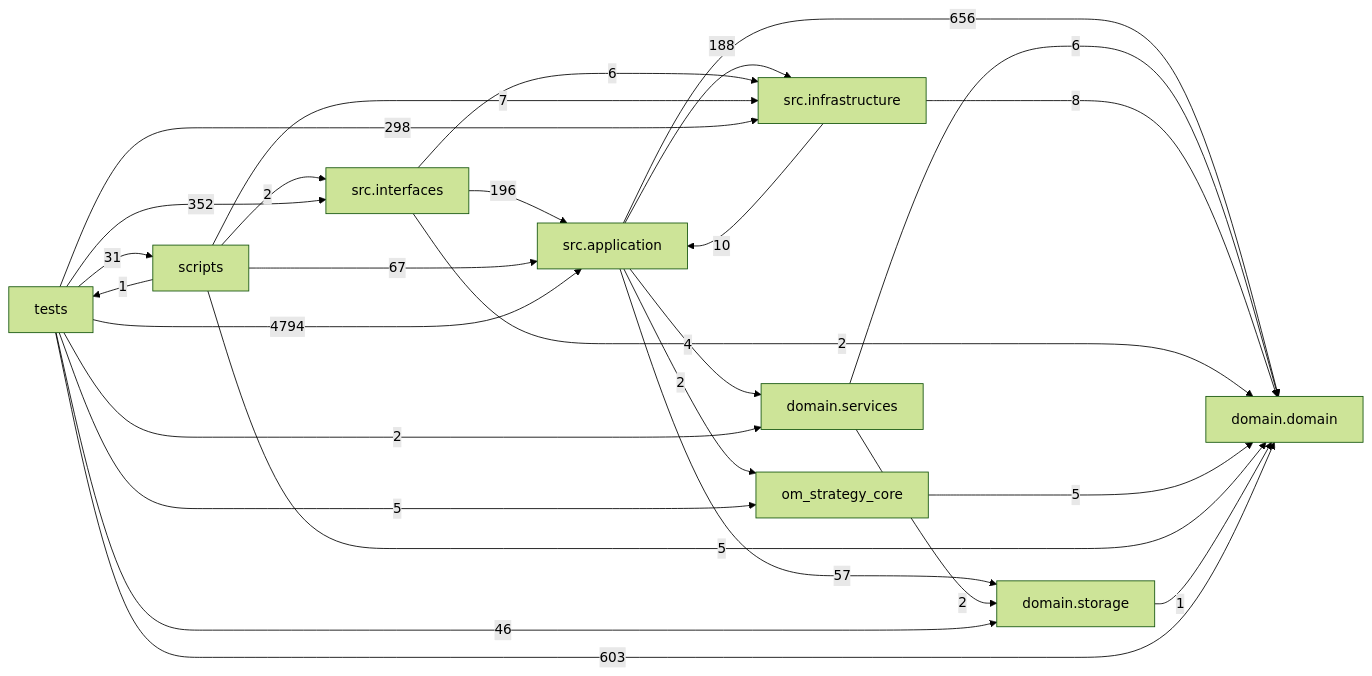
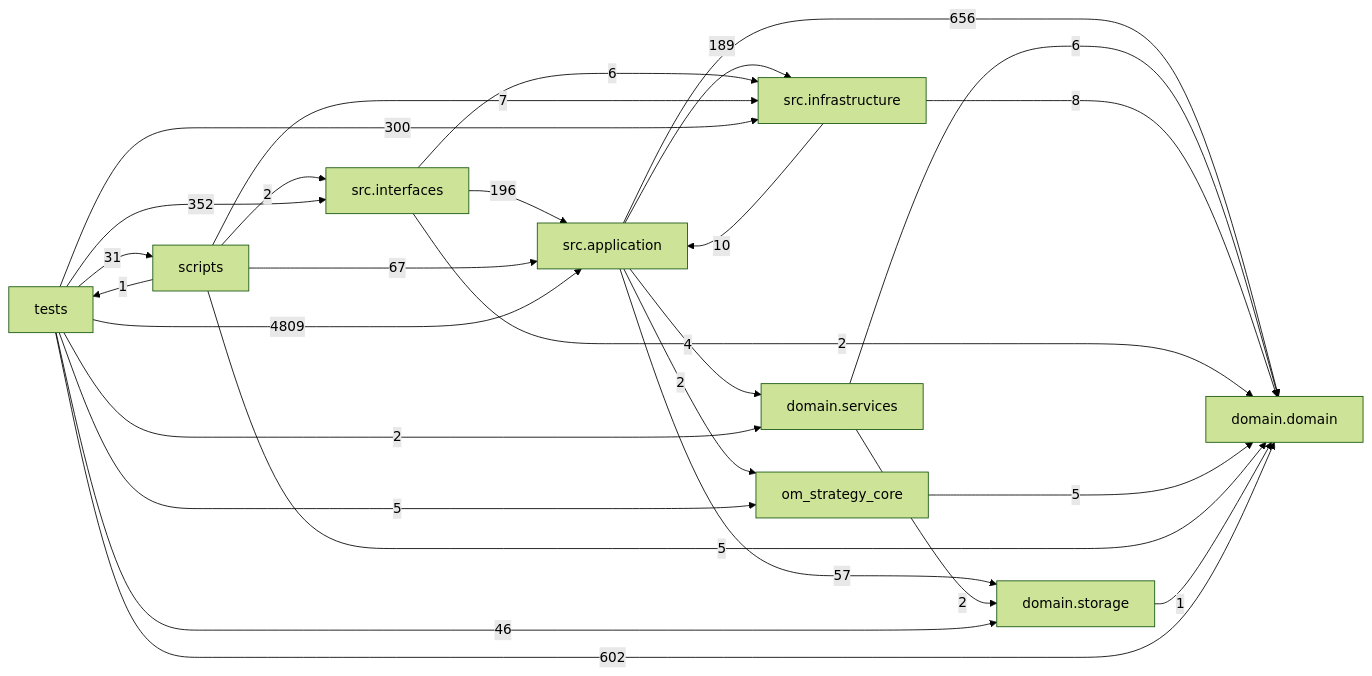
Before and after one commit to liuxie066/options-monitor: the diagram in docs/DEPENDENCY_GRAPH.md, drawn with Mermaid (forest theme). The commit also changed other lines of this file and 12 other files, not shown here.

````diff
--- a/docs/DEPENDENCY_GRAPH.md
+++ b/docs/DEPENDENCY_GRAPH.md
@@ -24,38 +24,38 @@
 ```mermaid
 flowchart LR
   tests["tests"]
   scripts["scripts"]
   interfaces["src.interfaces"]
   application["src.application"]
   infrastructure["src.infrastructure"]
   domain_services["domain.services"]
   domain["domain.domain"]
   storage["domain.storage"]
   application -->|656| domain
   application -->|4| domain_services
-  application -->|188| infrastructure
+  application -->|189| infrastructure
   application -->|2| om_strategy_core
   application -->|57| storage
   domain_services -->|6| domain
   domain_services -->|2| storage
   infrastructure -->|10| application
   infrastructure -->|8| domain
   interfaces -->|196| application
   interfaces -->|2| domain
   interfaces -->|6| infrastructure
   om_strategy_core -->|5| domain
   scripts -->|67| application
   scripts -->|5| domain
   scripts -->|7| infrastructure
   scripts -->|2| interfaces
   scripts -->|1| tests
   storage -->|1| domain
-  tests -->|4794| application
-  tests -->|603| domain
+  tests -->|4809| application
+  tests -->|602| domain
   tests -->|2| domain_services
-  tests -->|298| infrastructure
+  tests -->|300| infrastructure
   tests -->|352| interfaces
   tests -->|5| om_strategy_core
   tests -->|31| scripts
   tests -->|46| storage
 ```
````
